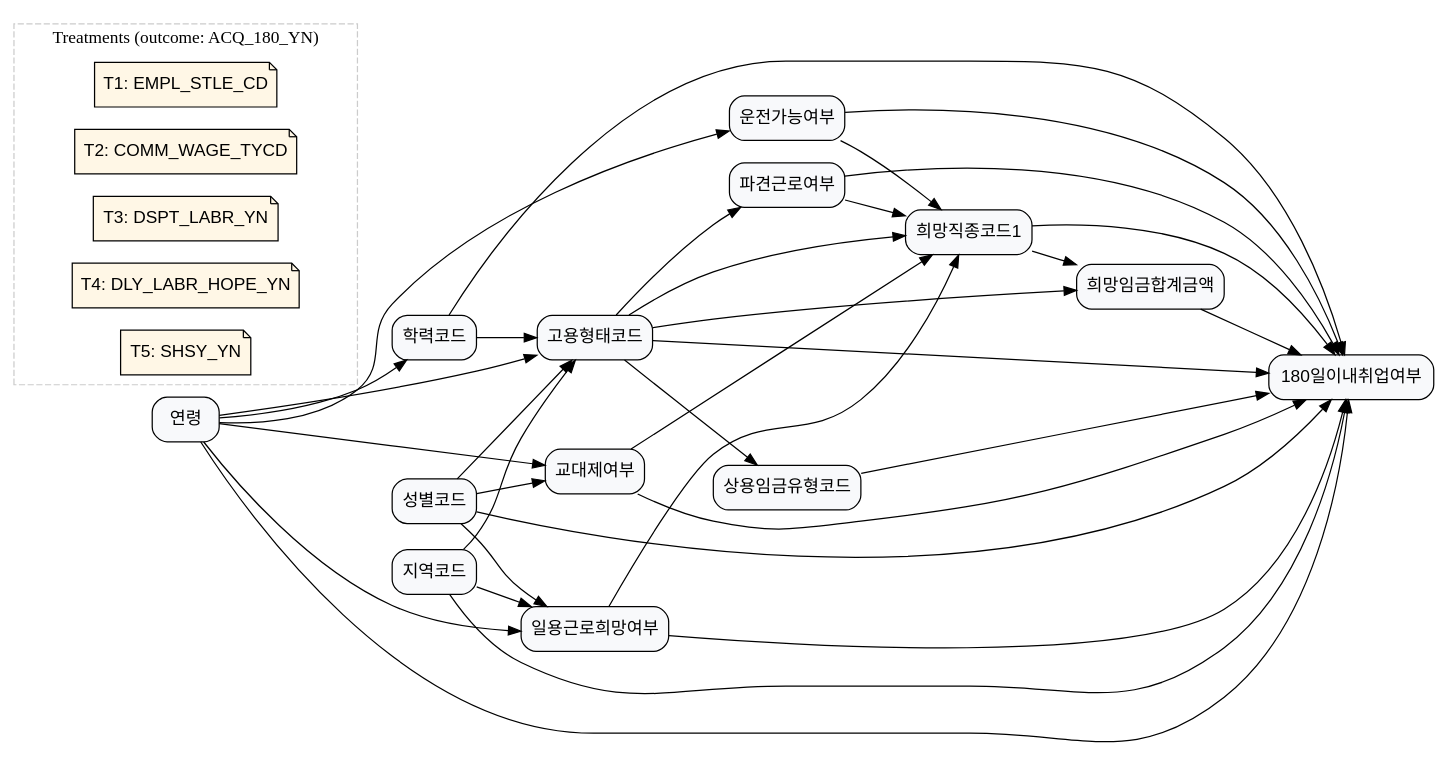
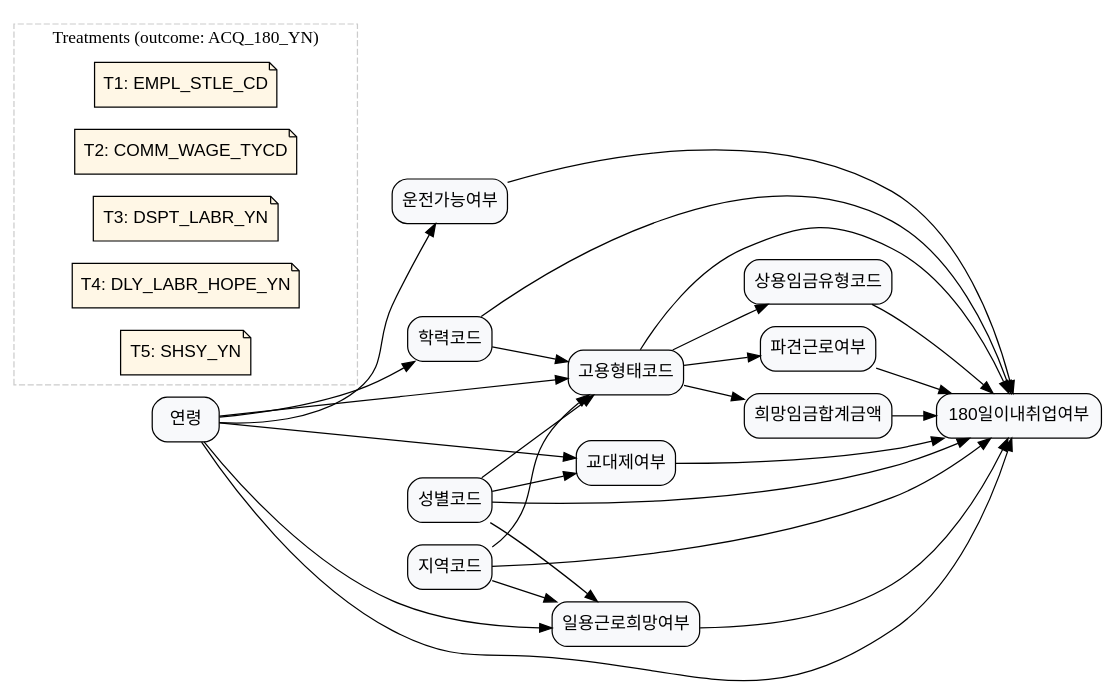
One commit to KU-LIM-Lab/dowhy-deep changed the diagram in laborlab_2/data/graph_data/graph_20.dot. Above: the diagram before and after it, drawn with Graphviz. The commit also changed 67 other files, not shown here.

Commit message:
graph examined and updated. graph_31-40 newly added. graph visualization added

```diff
--- a/laborlab_2/data/graph_data/graph_20.dot
+++ b/laborlab_2/data/graph_data/graph_20.dot
@@ -1,61 +1,53 @@
 digraph G {
 rankdir=LR;
 node [fillcolor="#F8F9FB", fontname="Helvetica", shape=box, style="rounded,filled"];
 ACCR_CD [label="학력코드"];
 ACQ_180_YN [label="180일이내취업여부"];
 AGE [label="연령"];
 AREA_CD [label="지역코드"];
 COMM_WAGE_TYCD [label="상용임금유형코드"];
 DLY_LABR_HOPE_YN [label="일용근로희망여부"];
 DRV_PSBL_YN [label="운전가능여부"];
 DSPT_LABR_YN [label="파견근로여부"];
 EMPL_STLE_CD [label="고용형태코드"];
-HOPE_JSCD1 [label="희망직종코드1"];
 HOPE_WAGE_SM_AMT [label="희망임금합계금액"];
 SHSY_YN [label="교대제여부"];
 SXDS_CD [label="성별코드"];
 AGE -> ACCR_CD;
 AGE -> EMPL_STLE_CD;
 AGE -> DLY_LABR_HOPE_YN;
 AGE -> DRV_PSBL_YN;
 AGE -> SHSY_YN;
 SXDS_CD -> EMPL_STLE_CD;
 SXDS_CD -> DLY_LABR_HOPE_YN;
 SXDS_CD -> SHSY_YN;
 AREA_CD -> DLY_LABR_HOPE_YN;
 AREA_CD -> EMPL_STLE_CD;
 ACCR_CD -> EMPL_STLE_CD;
 EMPL_STLE_CD -> COMM_WAGE_TYCD;
 EMPL_STLE_CD -> DSPT_LABR_YN;
-EMPL_STLE_CD -> HOPE_JSCD1;
 EMPL_STLE_CD -> HOPE_WAGE_SM_AMT;
-DLY_LABR_HOPE_YN -> HOPE_JSCD1;
-DSPT_LABR_YN -> HOPE_JSCD1;
-DRV_PSBL_YN -> HOPE_JSCD1;
-SHSY_YN -> HOPE_JSCD1;
-HOPE_JSCD1 -> HOPE_WAGE_SM_AMT;
 EMPL_STLE_CD -> ACQ_180_YN;
 COMM_WAGE_TYCD -> ACQ_180_YN;
 DSPT_LABR_YN -> ACQ_180_YN;
 DLY_LABR_HOPE_YN -> ACQ_180_YN;
 SHSY_YN -> ACQ_180_YN;
 DRV_PSBL_YN -> ACQ_180_YN;
-HOPE_JSCD1 -> ACQ_180_YN;
 HOPE_WAGE_SM_AMT -> ACQ_180_YN;
 AGE -> ACQ_180_YN;
 SXDS_CD -> ACQ_180_YN;
 ACCR_CD -> ACQ_180_YN;
 AREA_CD -> ACQ_180_YN;
 subgraph cluster_treatments {
 color="#CCCCCC";
 label="Treatments (outcome: ACQ_180_YN)";
 style=dashed;
 node [fillcolor="#FFF7E6", fontname="Helvetica", shape=note, style="rounded,filled"];
 T1 [label="T1: EMPL_STLE_CD", role="treatment_meta", treatment_def="고용형태코드(EMPL_STLE_CD) 수준 차이가 ACQ_180_YN(180일이내취업여부)에 미치는 인과효과", treatment_name="EMPL_STLE_CD", treatment_question="고용형태코드(EMPL_STLE_CD) 수준이 다른 구직자들의 6개월 내 취업 확률은 얼마나 다른가?", treatment_var="EMPL_STLE_CD"];
 T2 [label="T2: COMM_WAGE_TYCD", role="treatment_meta", treatment_def="상용임금유형코드(COMM_WAGE_TYCD) 수준 차이가 ACQ_180_YN(180일이내취업여부)에 미치는 인과효과", treatment_name="COMM_WAGE_TYCD", treatment_question="상용임금유형코드(COMM_WAGE_TYCD) 수준이 다른 구직자들의 6개월 내 취업 확률은 얼마나 다른가?", treatment_var="COMM_WAGE_TYCD"];
 T3 [label="T3: DSPT_LABR_YN", role="treatment_meta", treatment_def="파견근로여부(DSPT_LABR_YN) 수준 차이가 ACQ_180_YN(180일이내취업여부)에 미치는 인과효과", treatment_name="DSPT_LABR_YN", treatment_question="파견근로여부(DSPT_LABR_YN) 수준이 다른 구직자들의 6개월 내 취업 확률은 얼마나 다른가?", treatment_var="DSPT_LABR_YN"];
 T4 [label="T4: DLY_LABR_HOPE_YN", role="treatment_meta", treatment_def="일용근로희망여부(DLY_LABR_HOPE_YN) 수준 차이가 ACQ_180_YN(180일이내취업여부)에 미치는 인과효과", treatment_name="DLY_LABR_HOPE_YN", treatment_question="일용근로희망여부(DLY_LABR_HOPE_YN) 수준이 다른 구직자들의 6개월 내 취업 확률은 얼마나 다른가?", treatment_var="DLY_LABR_HOPE_YN"];
 T5 [label="T5: SHSY_YN", role="treatment_meta", treatment_def="교대제여부(SHSY_YN) 수준 차이가 ACQ_180_YN(180일이내취업여부)에 미치는 인과효과", treatment_name="SHSY_YN", treatment_question="교대제여부(SHSY_YN) 수준이 다른 구직자들의 6개월 내 취업 확률은 얼마나 다른가?", treatment_var="SHSY_YN"];
 }
 
 }
```
